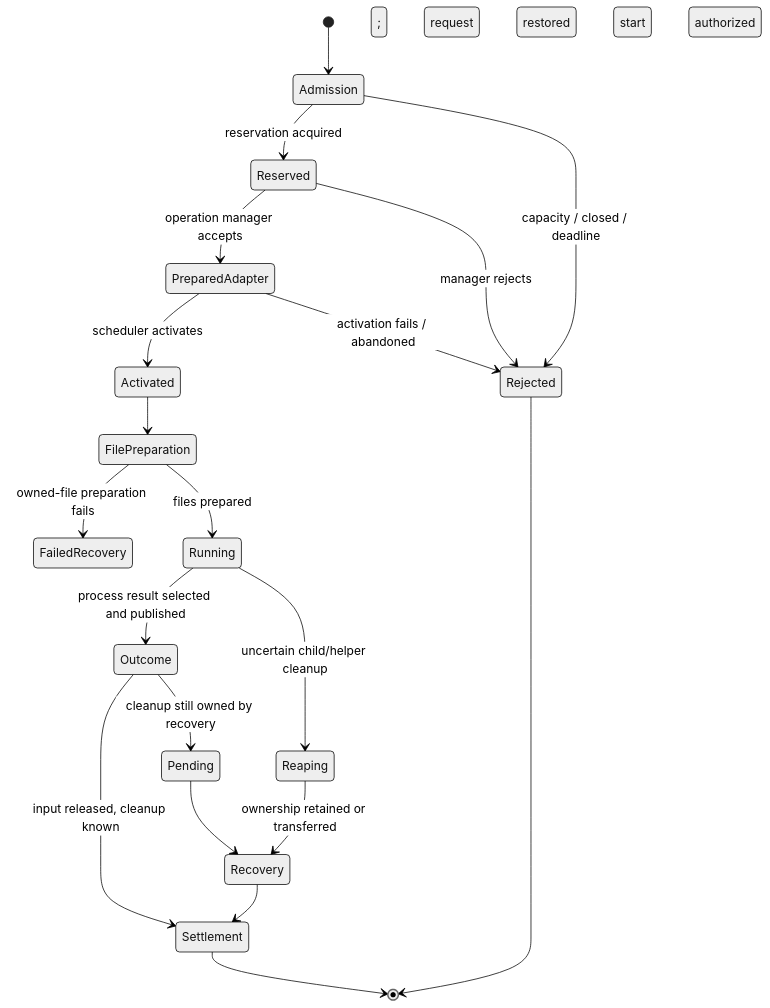
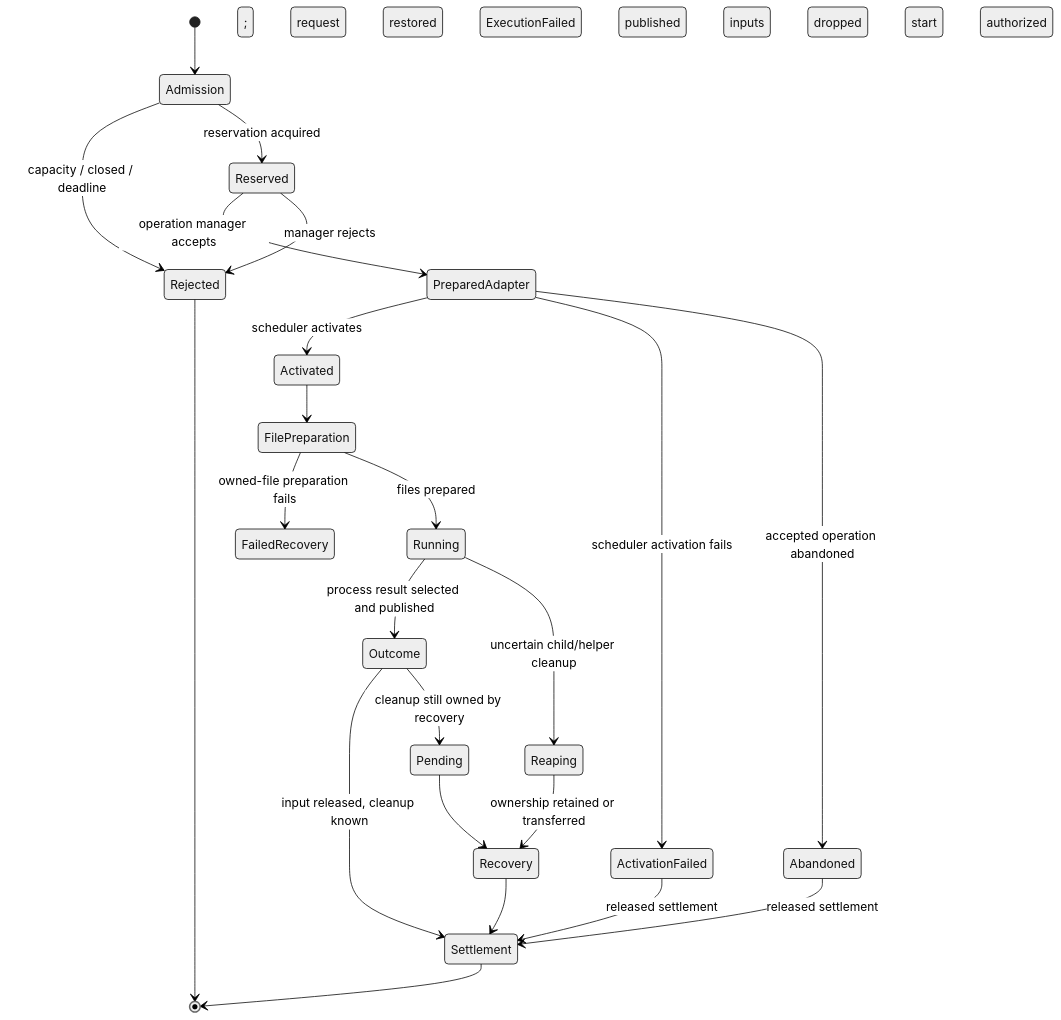
Before and after one commit to qubit-ltd/rs-command: the diagram in doc/design.md, drawn with Mermaid (neutral theme). The commit also changed other lines of this file and 1 other file, not shown here.

Commit message:
docs: distinguish managed activation failures

````diff
--- a/doc/design.md
+++ b/doc/design.md
@@ -327,22 +327,25 @@
 ```mermaid
 stateDiagram-v2
     [*] --> Admission
     Admission --> Rejected: capacity / closed / deadline
     Admission --> Reserved: reservation acquired
     Reserved --> PreparedAdapter: operation manager accepts
     Reserved --> Rejected: manager rejects; request restored
     PreparedAdapter --> Activated: scheduler activates
-    PreparedAdapter --> Rejected: activation fails / abandoned
+    PreparedAdapter --> ActivationFailed: scheduler activation fails; ExecutionFailed published
+    PreparedAdapter --> Abandoned: accepted operation abandoned; inputs dropped
     Activated --> FilePreparation
     FilePreparation --> FailedRecovery: owned-file preparation fails
     FilePreparation --> Running: files prepared; start authorized
     Running --> Outcome: process result selected and published
     Running --> Reaping: uncertain child/helper cleanup
     Reaping --> Recovery: ownership retained or transferred
     Recovery --> Settlement
     Outcome --> Settlement: input released, cleanup known
     Outcome --> Pending: cleanup still owned by recovery
     Pending --> Recovery
+    ActivationFailed --> Settlement: released settlement
+    Abandoned --> Settlement: released settlement
     Rejected --> [*]
     Settlement --> [*]
 ```
````
